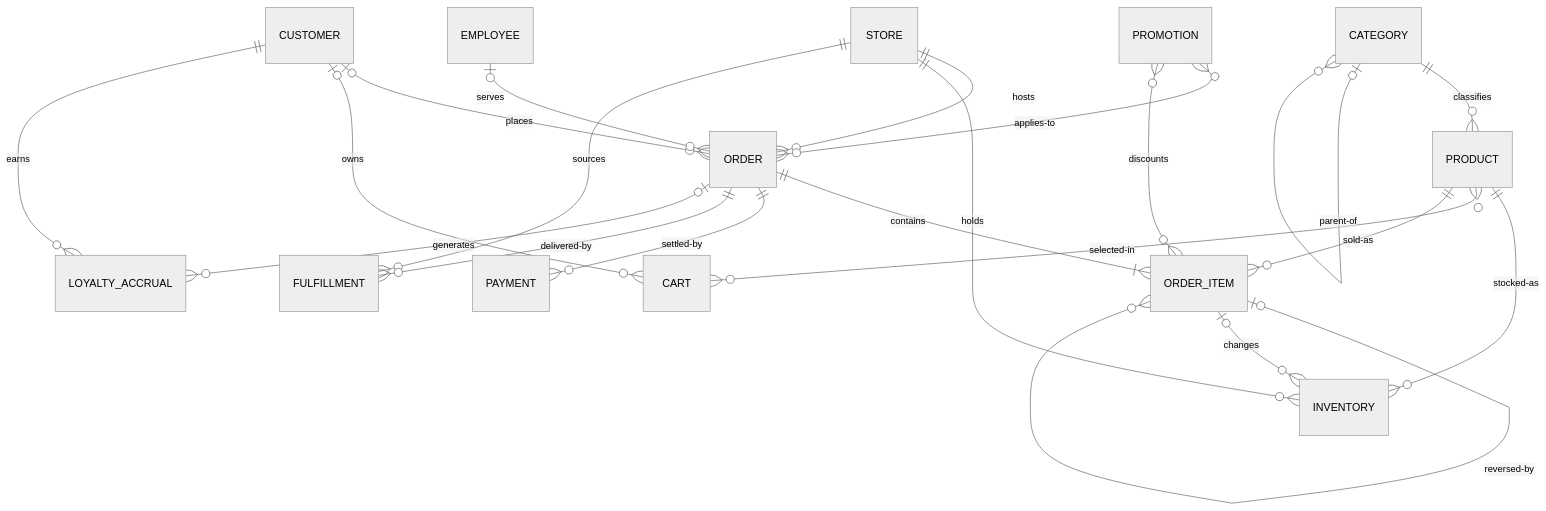
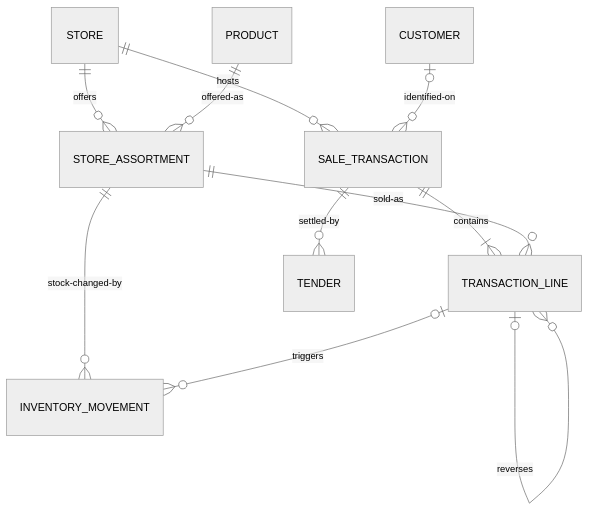
One commit to Ruudra01/walmart-retail-oltp-model changed the diagram in docs/conceptual.md. Above: the diagram before and after it, drawn with Mermaid (neutral theme). The commit also changed other lines of this file and 3 other files, not shown here.

````diff
--- a/docs/conceptual.md
+++ b/docs/conceptual.md
@@ -47,30 +40,16 @@
 ```mermaid
 erDiagram
-    CUSTOMER    |o--o{ ORDER            : places
-    CUSTOMER    |o--o{ CART             : owns
-    CUSTOMER    ||--o{ LOYALTY_ACCRUAL  : earns
+    STORE            ||--o{ STORE_ASSORTMENT   : offers
+    PRODUCT          ||--o{ STORE_ASSORTMENT   : offered-as
+    STORE            ||--o{ SALE_TRANSACTION   : hosts
+    CUSTOMER         |o--o{ SALE_TRANSACTION   : identified-on
 
-    EMPLOYEE    |o--o{ ORDER            : serves
+    SALE_TRANSACTION ||--|{ TRANSACTION_LINE   : contains
+    SALE_TRANSACTION ||--o{ TENDER             : settled-by
 
-    STORE       ||--o{ ORDER            : hosts
-    STORE       ||--o{ INVENTORY        : holds
-    STORE       ||--o{ FULFILLMENT      : sources
+    STORE_ASSORTMENT ||--o{ TRANSACTION_LINE   : sold-as
+    STORE_ASSORTMENT ||--o{ INVENTORY_MOVEMENT : stock-changed-by
 
-    CATEGORY    ||--o{ PRODUCT          : classifies
-    CATEGORY    |o--o{ CATEGORY         : parent-of
-
-    PRODUCT     ||--o{ INVENTORY        : stocked-as
-    PRODUCT     }o--o{ CART             : selected-in
-    PRODUCT     ||--o{ ORDER_ITEM       : sold-as
-
-    ORDER       ||--|{ ORDER_ITEM       : contains
-    ORDER       ||--o{ PAYMENT          : settled-by
-    ORDER       ||--o{ FULFILLMENT      : delivered-by
-    ORDER       |o--o{ LOYALTY_ACCRUAL  : generates
-
-    ORDER_ITEM  |o--o{ ORDER_ITEM       : reversed-by
-    ORDER_ITEM  |o--o{ INVENTORY        : changes
-
-    PROMOTION   }o--o{ ORDER            : applies-to
-    PROMOTION   }o--o{ ORDER_ITEM       : discounts
+    TRANSACTION_LINE |o--o{ TRANSACTION_LINE   : reverses
+    TRANSACTION_LINE |o--o{ INVENTORY_MOVEMENT : triggers
 ```
````
